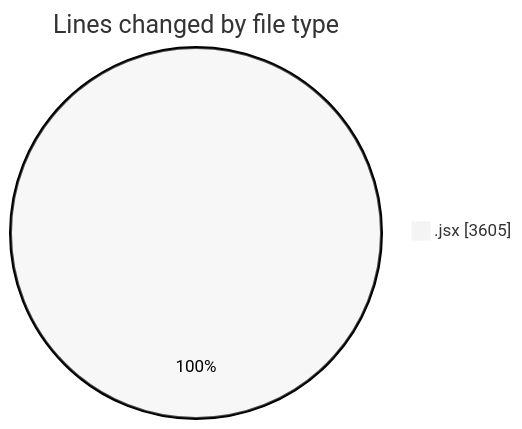
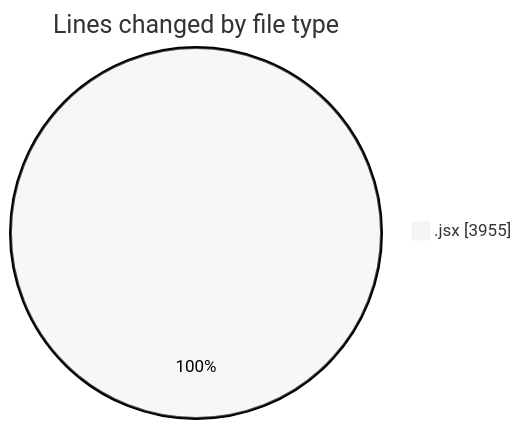
Before and after one commit to nxtqubesakshisongat/code-tracking: the first of 2 diagrams in 2025-05-05/nxtqube_webapp/README.md, drawn with Mermaid (neutral theme). The commit also changed other lines of this file and 1 other file, not shown here.

````diff
--- a/2025-05-05/nxtqube_webapp/README.md
+++ b/2025-05-05/nxtqube_webapp/README.md
@@ -20,5 +20,5 @@
 ```mermaid
 pie showData
 title Lines changed by file type
-".jsx" : 3605
+".jsx" : 3955
 ```
````
